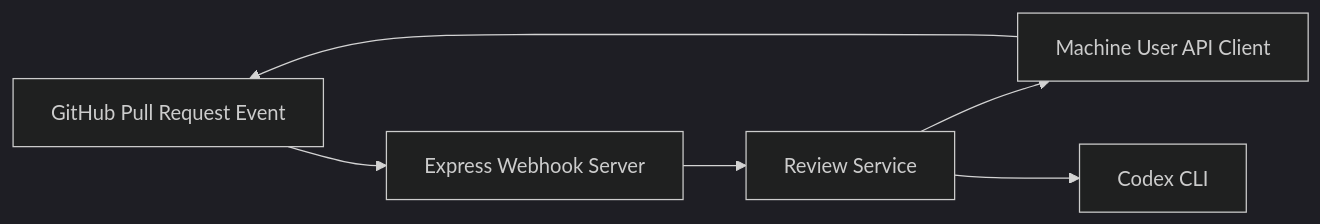
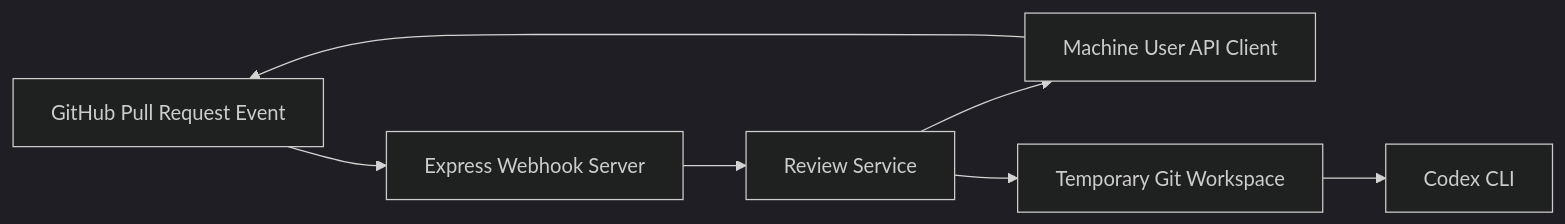
The first of 2 diagrams in docs/architecture.md (tungxuan1656/tx10-bot-gh-review), drawn with Mermaid (dark theme) before and after one commit. The commit also changed other lines of this file and 14 other files, not shown here.

````diff
--- a/docs/architecture.md
+++ b/docs/architecture.md
@@ -5,8 +5,9 @@
 ```mermaid
 flowchart LR
   GitHub[GitHub Pull Request Event] --> Webhook[Express Webhook Server]
   Webhook --> Service[Review Service]
   Service --> GitHubAPI[Machine User API Client]
-  Service --> Codex[Codex CLI]
+  Service --> Workspace[Temporary Git Workspace]
+  Workspace --> Codex[Codex CLI]
   GitHubAPI --> GitHub
 ```
````
